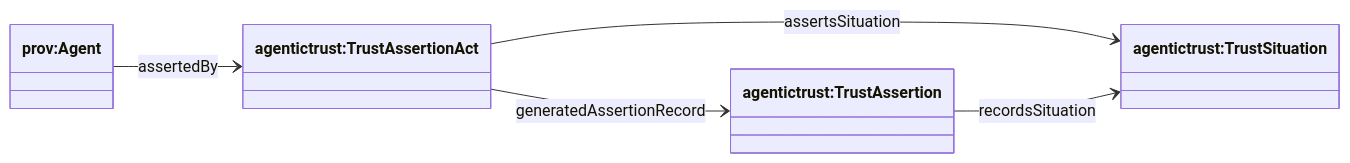
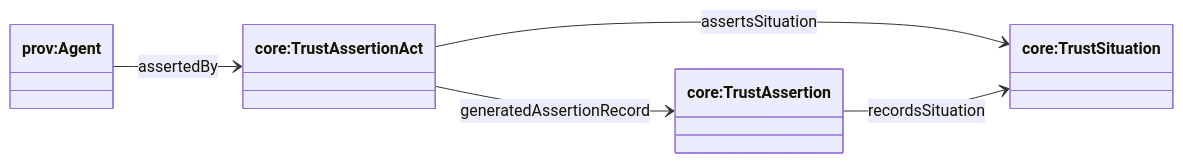
Before and after one commit to Agentic-Trust-Layer/agent-explorer: the third of 3 diagrams in docs/ontology/trust-graph.md, drawn with Mermaid. The commit also changed other lines of this file and 49 other files, not shown here.

````diff
--- a/docs/ontology/trust-graph.md
+++ b/docs/ontology/trust-graph.md
@@ -125,14 +125,14 @@
 ```mermaid
 classDiagram
 direction LR
 
 class provAgent["prov:Agent"]
-class TrustAssertionRecord["agentictrust:TrustAssertion"]
-class TrustAssertionAct["agentictrust:TrustAssertionAct"]
-class TrustSituation["agentictrust:TrustSituation"]
+class TrustAssertionRecord["core:TrustAssertion"]
+class TrustAssertionAct["core:TrustAssertionAct"]
+class TrustSituation["core:TrustSituation"]
 
 provAgent --> TrustAssertionAct : assertedBy
 TrustAssertionAct --> TrustSituation : assertsSituation
 TrustAssertionAct --> TrustAssertionRecord : generatedAssertionRecord
 TrustAssertionRecord --> TrustSituation : recordsSituation
 ```
````
